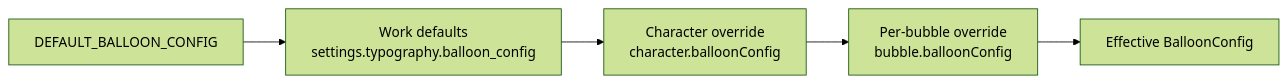
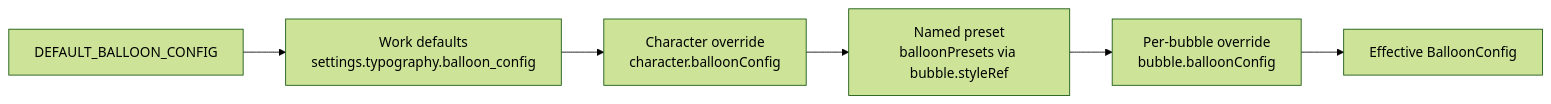
Before and after one commit to peoplegraphics/documentationai-Docs: the diagram in player/balloon-renderer.mdx, drawn with Mermaid (forest theme). The commit also changed other lines of this file and 18 other files, not shown here.

````diff
--- a/player/balloon-renderer.mdx
+++ b/player/balloon-renderer.mdx
@@ -72,7 +72,8 @@
 ```mermaid
 graph LR
     D[DEFAULT_BALLOON_CONFIG] --> W[Work defaults<br/>settings.typography.balloon_config]
     W --> C[Character override<br/>character.balloonConfig]
-    C --> B[Per-bubble override<br/>bubble.balloonConfig]
+    C --> P[Named preset<br/>balloonPresets via bubble.styleRef]
+    P --> B[Per-bubble override<br/>bubble.balloonConfig]
     B --> R[Effective BalloonConfig]
 ```
````
